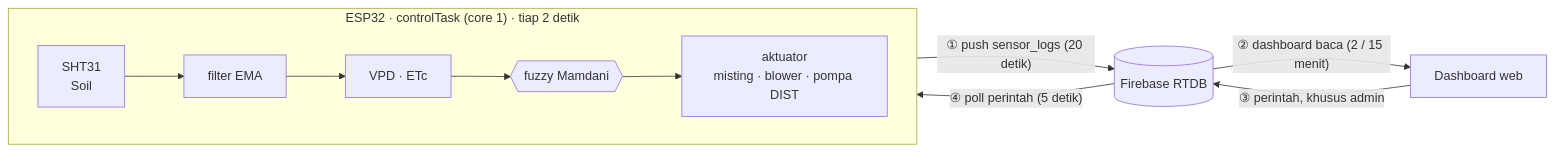
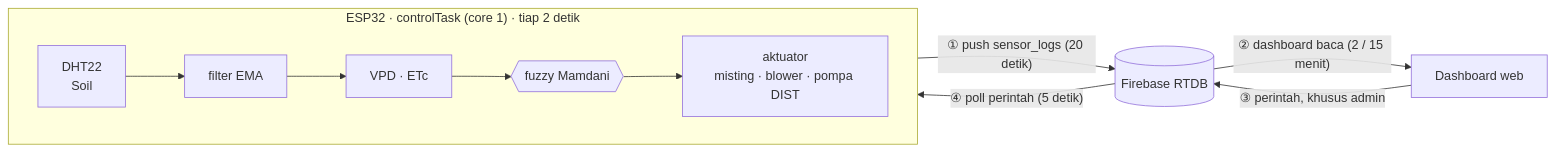
Before and after one commit to will-zx/smartgh-firmware: the diagram in README.md, drawn with Mermaid. The commit also changed other lines of this file and 9 other files, not shown here.

````diff
--- a/README.md
+++ b/README.md
@@ -121,13 +125,13 @@
 ```mermaid
 flowchart LR
   subgraph ESP ["ESP32 · controlTask (core 1) · tiap 2 detik"]
     direction LR
-    S["SHT31<br/>Soil"] --> F["filter EMA"] --> V["VPD · ETc"] --> Z{{"fuzzy Mamdani"}} --> A["aktuator<br/>misting · blower · pompa DIST"]
+    S["DHT22<br/>Soil"] --> F["filter EMA"] --> V["VPD · ETc"] --> Z{{"fuzzy Mamdani"}} --> A["aktuator<br/>misting · blower · pompa DIST"]
   end
   R[("Firebase RTDB")]
   D["Dashboard web"]
   A -- "① push sensor_logs (20 detik)" --> R
   R -- "② dashboard baca (2 / 15 menit)" --> D
   D -- "③ perintah, khusus admin" --> R
   R -- "④ poll perintah (5 detik)" --> A
 ```
````
